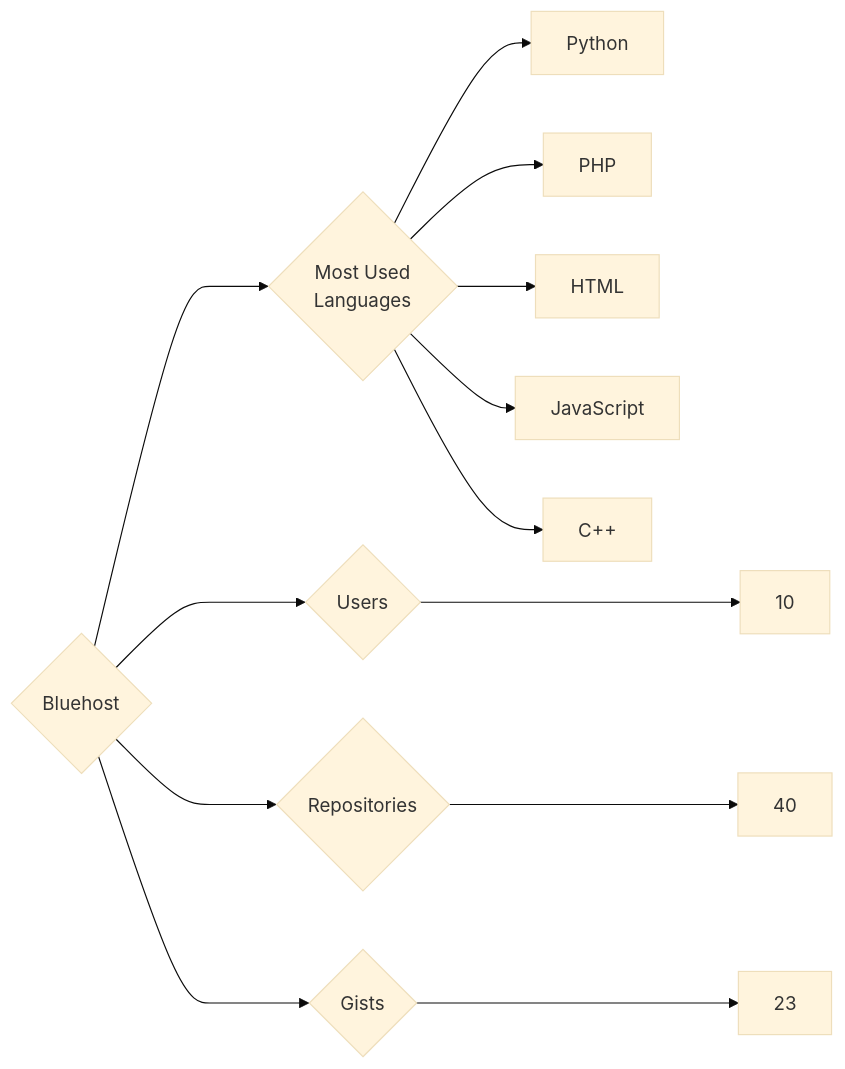
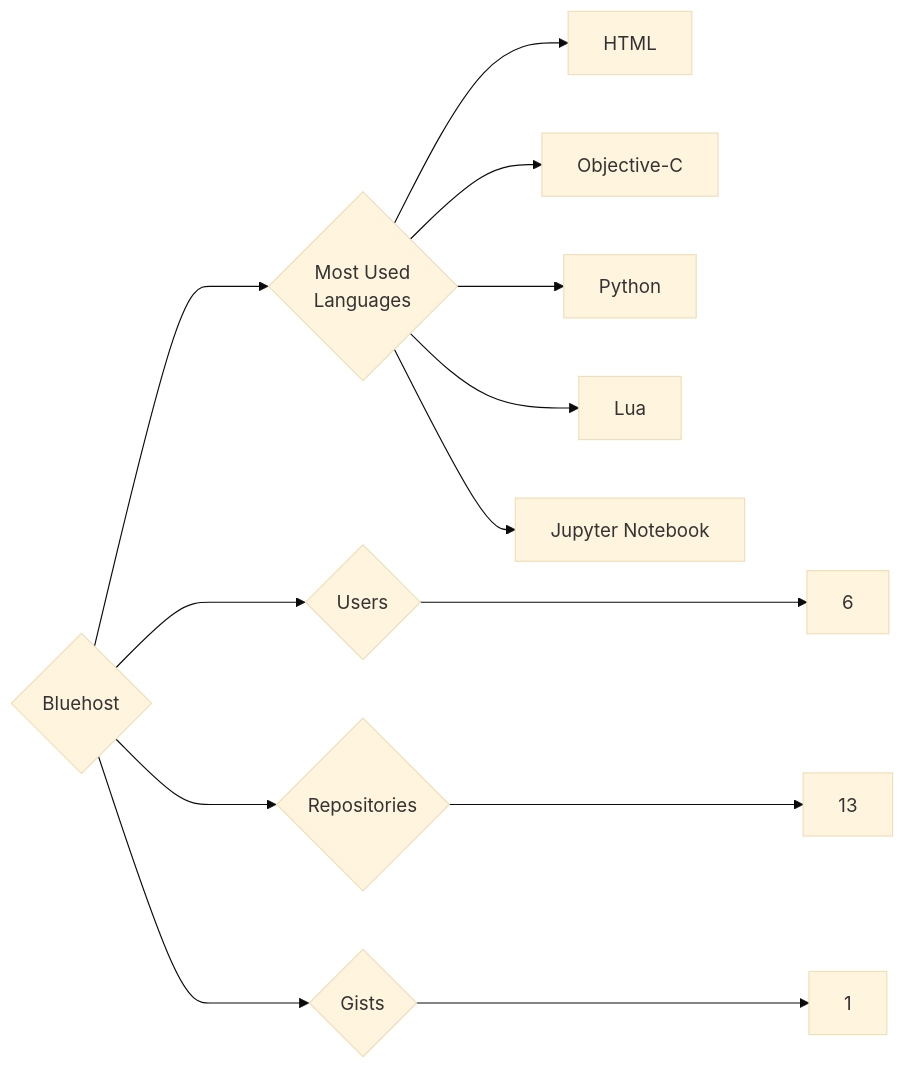
The diagram in targets/Bluehost/README.md (trickest/insiders), drawn with Mermaid (base theme) before and after one commit. The commit also changed 840 other files, not shown here.

````diff
--- a/targets/Bluehost/README.md
+++ b/targets/Bluehost/README.md
@@ -3,13 +3,13 @@
 ```mermaid
 graph LR
 COMPANY_NAME{Bluehost}
-COMPANY_NAME ---> U{Users} ---> UN[10]
-COMPANY_NAME ---> R{Repositories} ---> RN[40]
-COMPANY_NAME ---> G{Gists} ---> GN[23]
+COMPANY_NAME ---> U{Users} ---> UN[6]
+COMPANY_NAME ---> R{Repositories} ---> RN[13]
+COMPANY_NAME ---> G{Gists} ---> GN[1]
 COMPANY_NAME ---> ML{Most Used<br>Languages}
+ML --> HTML[HTML]
+ML --> Objective-C[Objective-C]
 ML --> Python[Python]
-ML --> PHP[PHP]
-ML --> HTML[HTML]
-ML --> JavaScript[JavaScript]
-ML --> C++[C++]
+ML --> Lua[Lua]
+ML --> Jupyter_Notebook[Jupyter Notebook]
 ```
````
